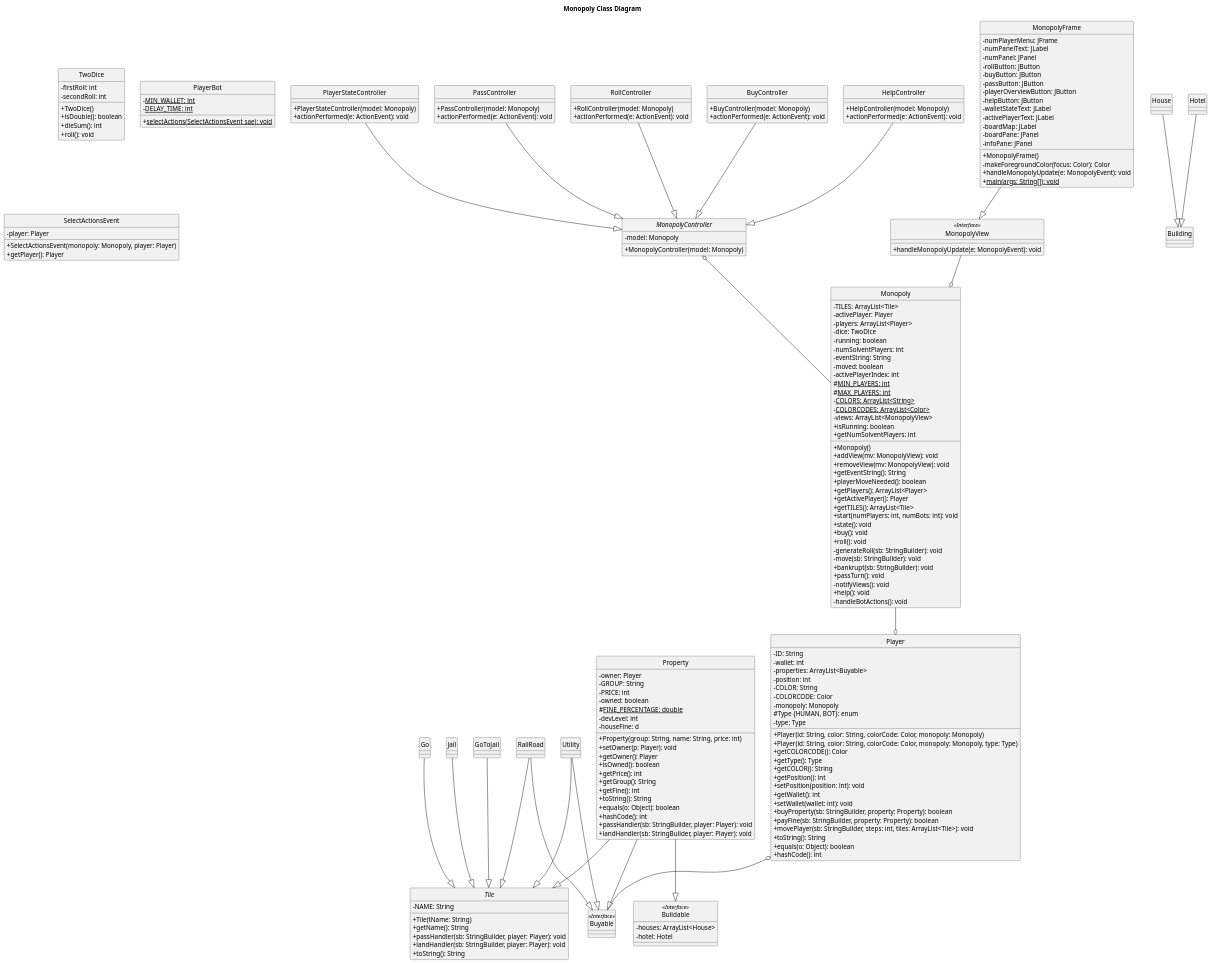
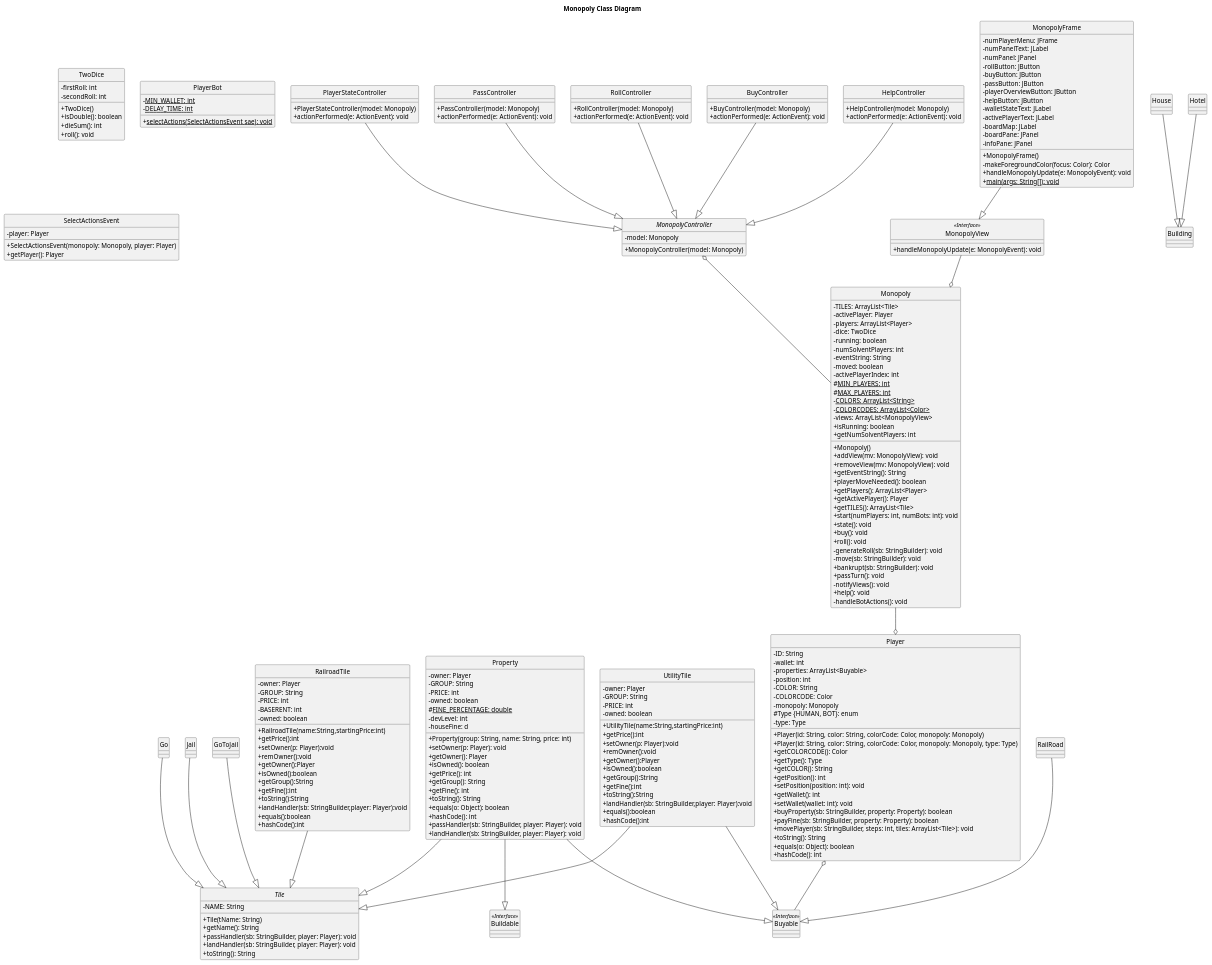
Before and after one commit to MiniEinsteinD/MonopolyGame: the diagram in src/Monopoly Class Diagram.puml, drawn with PlantUML.

Commit message:
updated UML to be consistent with Railroad and Utility implementations

```diff
--- a/src/Monopoly Class Diagram.puml
+++ b/src/Monopoly Class Diagram.puml
@@ -168,8 +168,6 @@
 }
 
 class Buildable <<Interface>> {
-        - houses: ArrayList<House>
-        - hotel: Hotel
 
 }
 
@@ -189,10 +187,45 @@
 class GoToJail {
 }
 
-class RailRoad {
+class RailroadTile {
+    -owner: Player
+    -GROUP: String
+    -PRICE: int
+    -BASERENT: int
+    -owned: boolean
+    + RailroadTile(name:String,startingPrice:int)
+    +getPrice():int
+    +setOwner(p: Player):void
+    +remOwner():void
+    +getOwner():Player
+    +isOwned():boolean
+    +getGroup():String
+    +getFine():int
+    +toString():String
+    +landHandler(sb: StringBuilder,player: Player):void
+    +equals():boolean
+    +hashCode():int
+
 }
 
-class Utility {
+class UtilityTile {
+    -owner: Player
+    -GROUP: String
+    -PRICE: int
+    -owned: boolean
+
+    + UtilityTile(name:String,startingPrice:int)
+    +getPrice():int
+    +setOwner(p: Player):void
+    +remOwner():void
+    +getOwner():Player
+    +isOwned():boolean
+    +getGroup():String
+    +getFine():int
+    +toString():String
+    +landHandler(sb: StringBuilder,player: Player):void
+    +equals():boolean
+    +hashCode():int
 }
 
 class PlayerBot {
@@ -225,10 +258,10 @@
 GoToJail --|> Tile
 RailRoad --|> Buyable
 Property --|> Buyable
-RailRoad --|> Tile
+RailroadTile --|> Tile
 Property --|> Tile
-Utility --|> Tile
-Utility --|> Buyable
+UtilityTile --|> Tile
+UtilityTile --|> Buyable
 
 Property --|> Buildable
 
```
